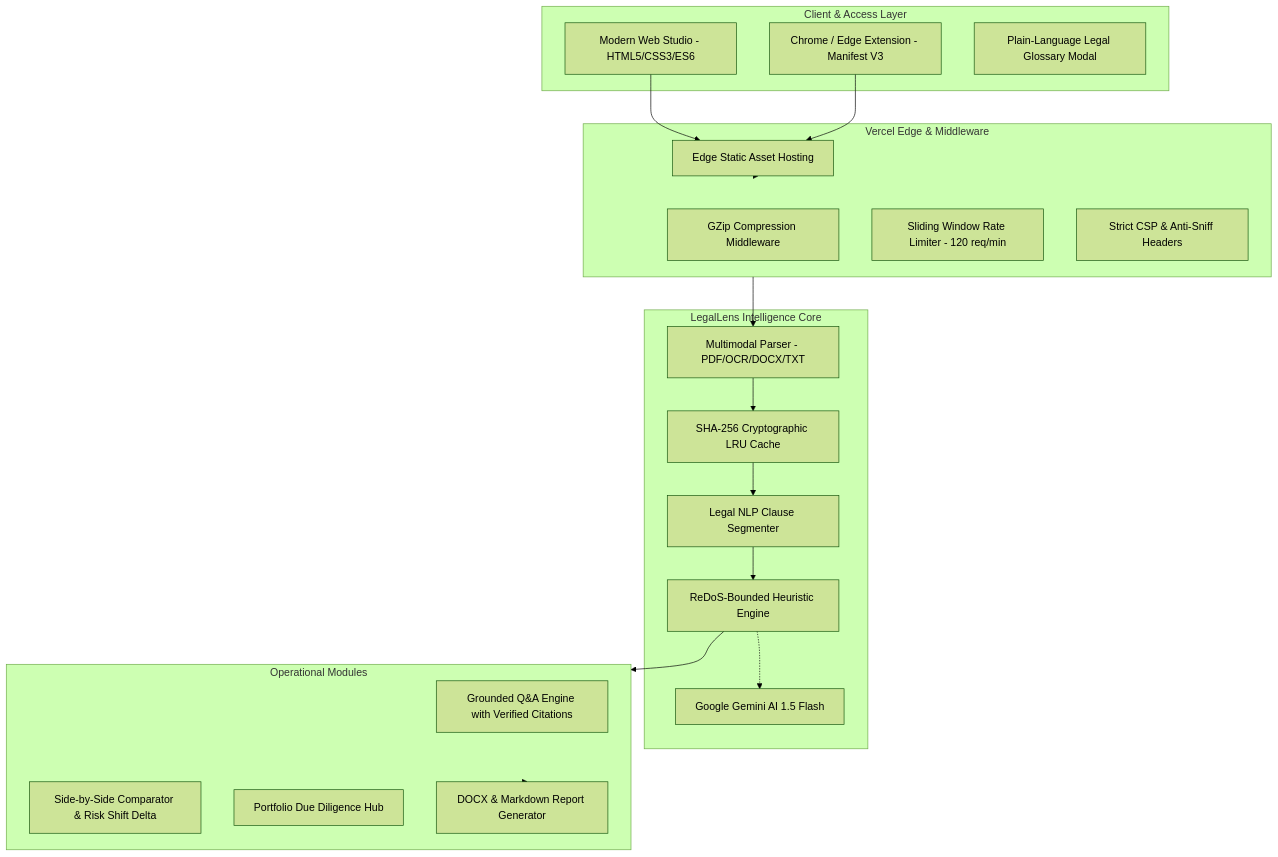
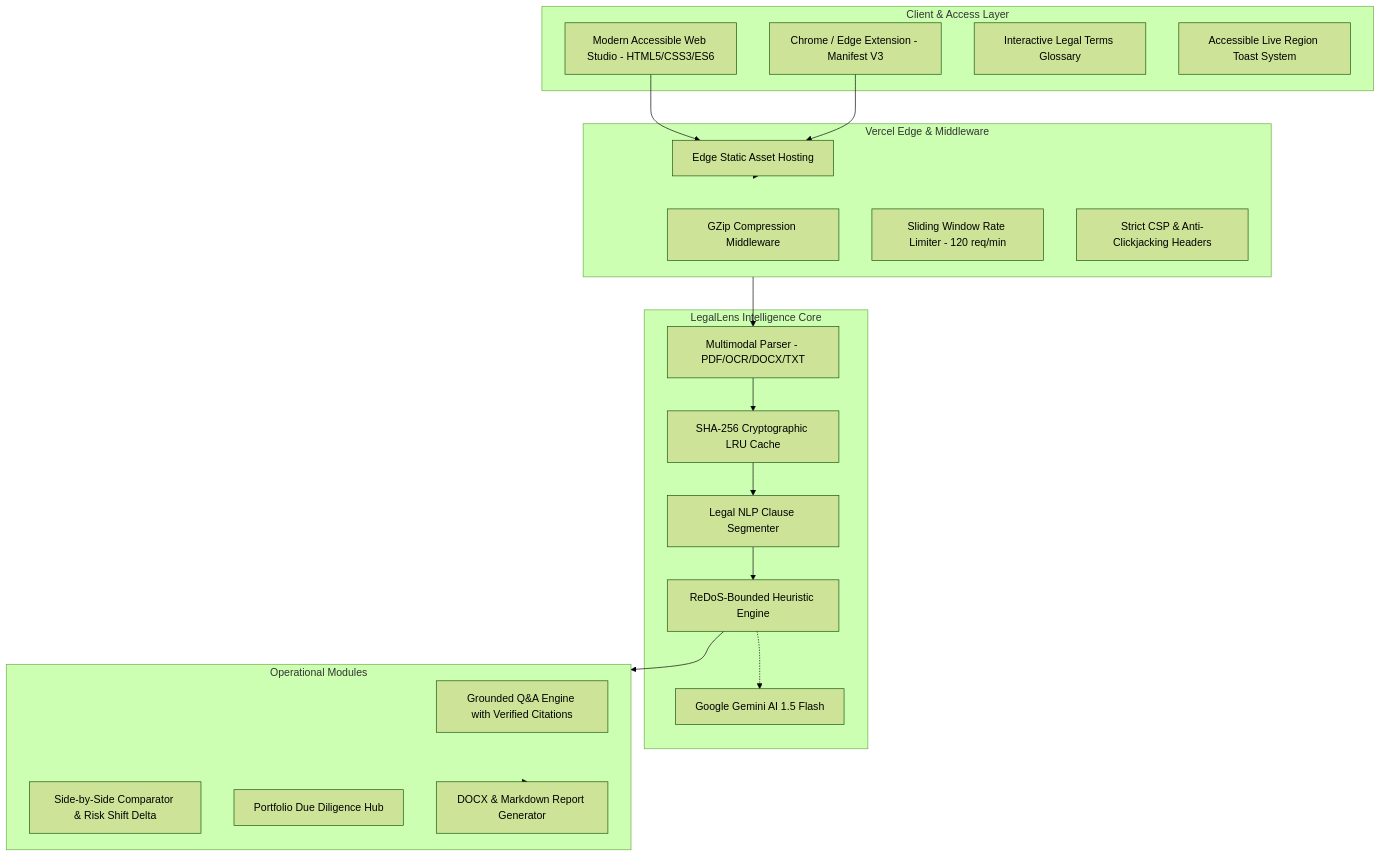
Before and after one commit to ronak2410/LegalLens-AI: the diagram in README.md, drawn with Mermaid (forest theme). The commit also changed other lines of this file and 20 other files, not shown here.

Commit message:
feat: enhance accessibility with zero-alert toast system, WCAG 2.1 AA compliance, legal glossary, and 43 automated tests

````diff
--- a/README.md
+++ b/README.md
@@ -26,41 +42,42 @@
 ```mermaid
 flowchart TD
     subgraph Client_Layer [Client & Access Layer]
-        WebUI[Modern Web Studio - HTML5/CSS3/ES6]
+        WebUI[Modern Accessible Web Studio - HTML5/CSS3/ES6]
         Ext[Chrome / Edge Extension - Manifest V3]
-        Glossary[Plain-Language Legal Glossary Modal]
+        Glossary[Interactive Legal Terms Glossary]
+        Toasts[Accessible Live Region Toast System]
     end
 
     subgraph Edge_Gateway [Vercel Edge & Middleware]
         CDN[Edge Static Asset Hosting]
         GZip[GZip Compression Middleware]
         RateLimiter[Sliding Window Rate Limiter - 120 req/min]
-        SecHeaders[Strict CSP & Anti-Sniff Headers]
+        SecHeaders[Strict CSP & Anti-Clickjacking Headers]
     end
 
     subgraph Core_Engine [LegalLens Intelligence Core]
         Parser[Multimodal Parser - PDF/OCR/DOCX/TXT]
         LRUCache[SHA-256 Cryptographic LRU Cache]
         NLP[Legal NLP Clause Segmenter]
         RuleEngine[ReDoS-Bounded Heuristic Engine]
         Gemini[Google Gemini AI 1.5 Flash]
     end
 
     subgraph Workflows [Operational Modules]
         QA[Grounded Q&A Engine with Verified Citations]
         Compare[Side-by-Side Comparator & Risk Shift Delta]
         Batch[Portfolio Due Diligence Hub]
         Export[DOCX & Markdown Report Generator]
     end
 
     WebUI --> CDN
     Ext --> CDN
     CDN --> Edge_Gateway
     Edge_Gateway --> Parser
     Parser --> LRUCache
     LRUCache --> NLP
     NLP --> RuleEngine
     RuleEngine -.-> Gemini
     RuleEngine --> Workflows
     Workflows --> Export
 ```
````
